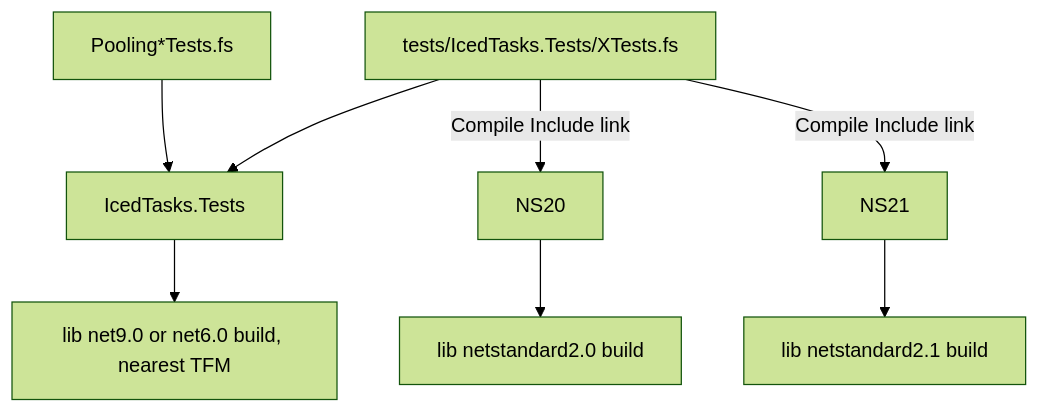
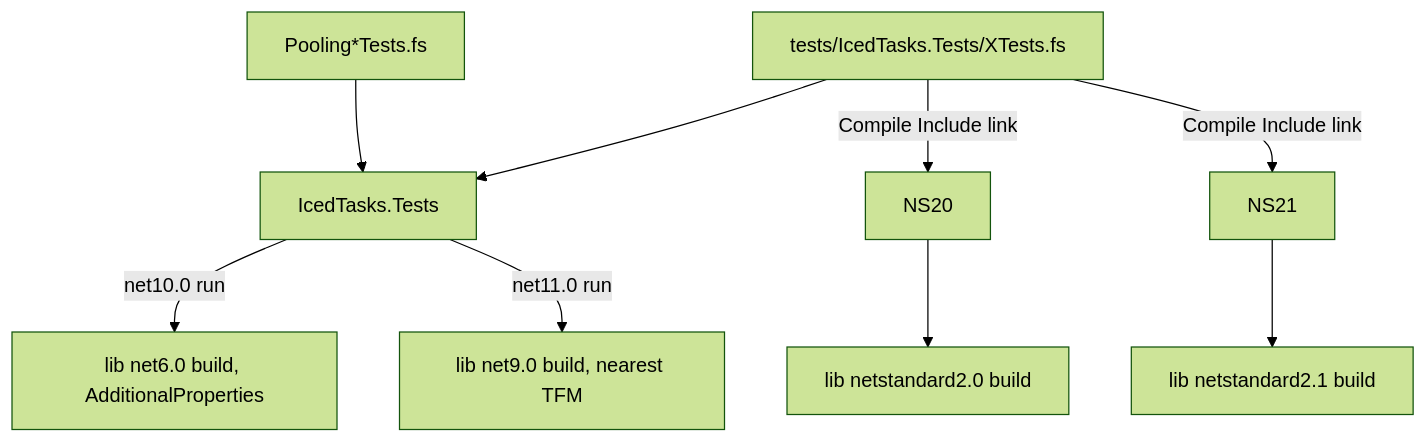
The diagram in lode/tests/test-projects-and-tfms.md (TheAngryByrd/IcedTasks), drawn with Mermaid (forest theme) before and after one commit. The commit also changed other lines of this file and 45 other files, not shown here.

````diff
--- a/lode/tests/test-projects-and-tfms.md
+++ b/lode/tests/test-projects-and-tfms.md
@@ -29,10 +31,11 @@
 ```mermaid
 flowchart TD
     file["tests/IcedTasks.Tests/XTests.fs"] --> main["IcedTasks.Tests"]
     file -->|"Compile Include link"| ns20["NS20"]
     file -->|"Compile Include link"| ns21["NS21"]
     pool["Pooling*Tests.fs"] --> main
-    main --> lib6["lib net9.0 or net6.0 build, nearest TFM"]
+    main -->|"net10.0 run"| lib6["lib net6.0 build, AdditionalProperties"]
+    main -->|"net11.0 run"| lib9["lib net9.0 build, nearest TFM"]
     ns20 --> lib20["lib netstandard2.0 build"]
     ns21 --> lib21["lib netstandard2.1 build"]
 ```
````
